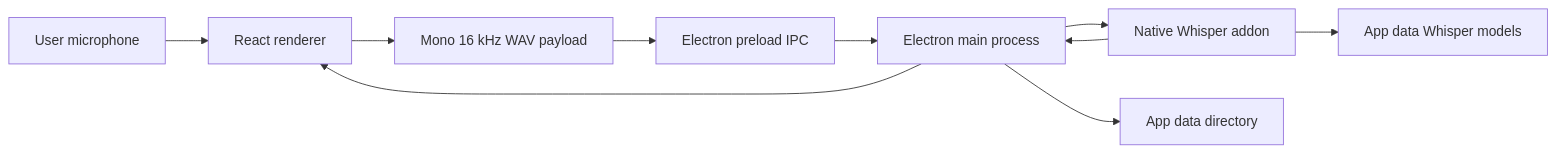
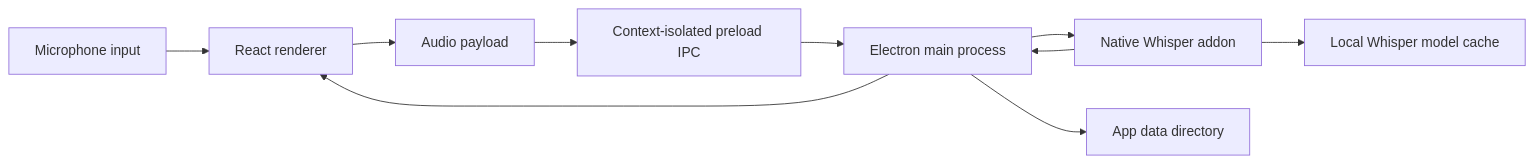
One commit to surajmandalcell/asrpro changed the diagram in README.md. Above: the diagram before and after it, drawn with Mermaid. The commit also changed other lines of this file, not shown here.

````diff
--- a/README.md
+++ b/README.md
@@ -69,12 +169,12 @@
 ```mermaid
 flowchart LR
-  User["User microphone"] --> Renderer["React renderer"]
-  Renderer --> WAV["Mono 16 kHz WAV payload"]
-  WAV --> IPC["Electron preload IPC"]
+  User["Microphone input"] --> Renderer["React renderer"]
+  Renderer --> Payload["Audio payload"]
+  Payload --> IPC["Context-isolated preload IPC"]
   IPC --> Main["Electron main process"]
   Main --> Engine["Native Whisper addon"]
-  Engine --> Models["App data Whisper models"]
+  Engine --> Models["Local Whisper model cache"]
   Engine --> Main
   Main --> Renderer
   Main --> Data["App data directory"]
 ```
````
